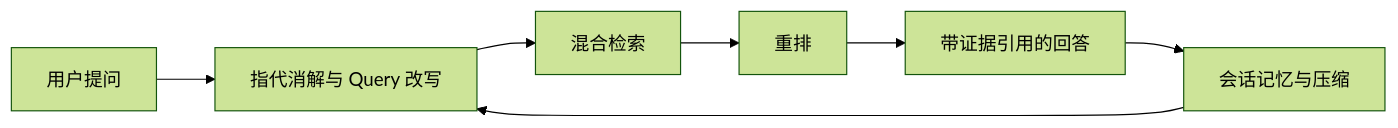
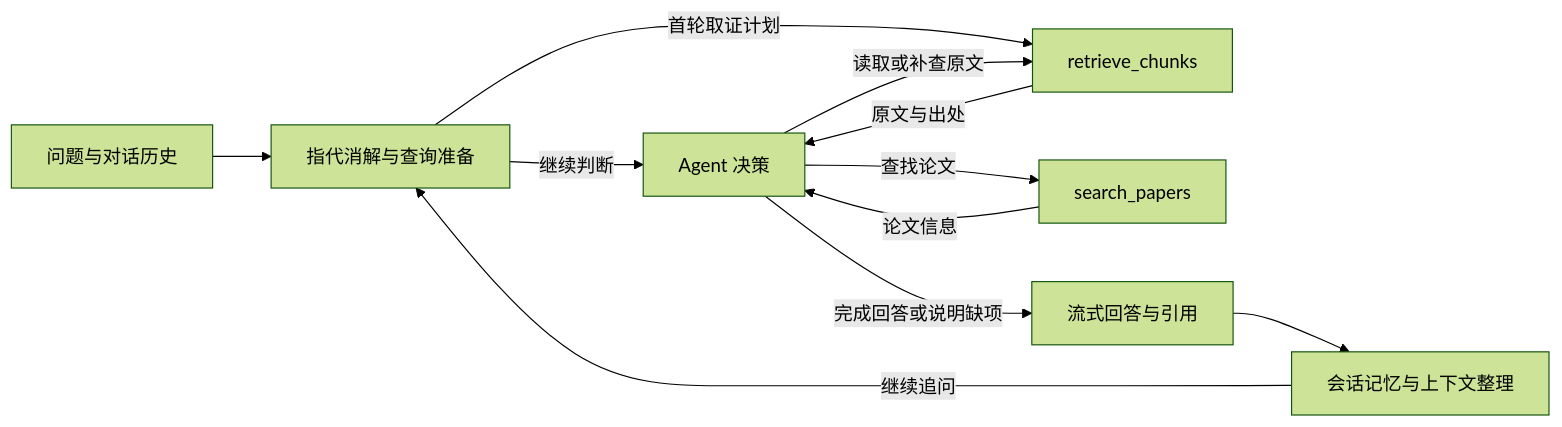
Before and after one commit to Wahuwahuuu/AsterCite: the diagram in README.md, drawn with Mermaid (forest theme). The commit also changed other lines of this file and 6 other files, not shown here.

Commit message:
docs: 更新 README 配图与使用说明

````diff
--- a/README.md
+++ b/README.md
@@ -95,9 +102,13 @@
 ```mermaid
 flowchart LR
-  CLI[用户提问] --> NLU[指代消解与 Query 改写]
-  NLU --> Search[混合检索]
-  Search --> Rerank[重排]
-  Rerank --> Answer[带证据引用的回答]
-  Answer --> Memory[会话记忆与压缩]
-  Memory --> NLU
+  Input[问题与对话历史] --> Prepare[指代消解与查询准备]
+  Prepare -->|继续判断| Agent[Agent 决策]
+  Prepare -->|首轮取证计划| Retrieve[retrieve_chunks]
+  Agent -->|查找论文| Search[search_papers]
+  Agent -->|读取或补查原文| Retrieve
+  Search -->|论文信息| Agent
+  Retrieve -->|原文与出处| Agent
+  Agent -->|完成回答或说明缺项| Answer[流式回答与引用]
+  Answer --> Memory[会话记忆与上下文整理]
+  Memory -->|继续追问| Prepare
 ```
````
